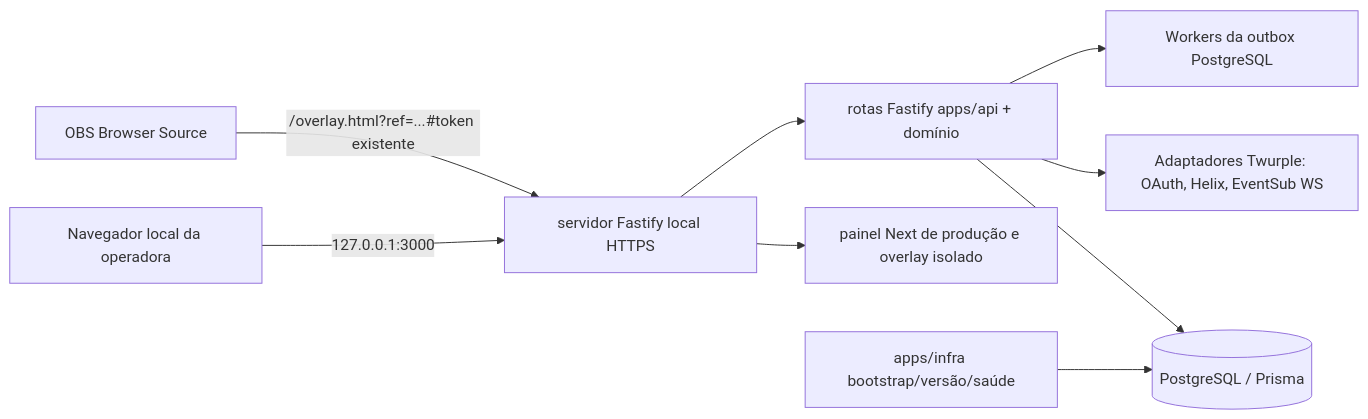
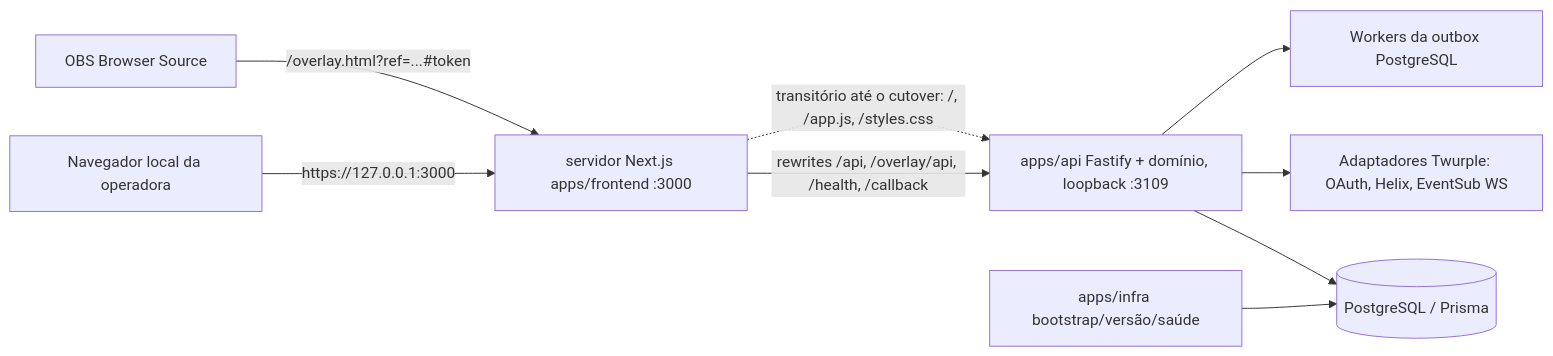
Before and after one commit to gustavo8000br/subarushogun_gi_twich_bot: the diagram in docs/pt-BR/fullstack-architecture/runtime-topology.md, drawn with Mermaid. The commit also changed other lines of this file and 131 other files, not shown here.

First line of the commit message:
feat(ops-15): move shared panel modules to apps/shared and advance Next parity

````diff
--- a/docs/pt-BR/fullstack-architecture/runtime-topology.md
+++ b/docs/pt-BR/fullstack-architecture/runtime-topology.md
@@ -5,11 +5,11 @@
 ```mermaid
 flowchart LR
-  Browser[Navegador local da operadora] -->|127.0.0.1:3000| Fastify[servidor Fastify local HTTPS]
-  OBS[OBS Browser Source] -->|/overlay.html?ref=...#token existente| Fastify
-  Fastify --> Web[painel Next de produção e overlay isolado]
-  Fastify --> API[rotas Fastify apps/api + domínio]
+  Browser[Navegador local da operadora] -->|https://127.0.0.1:3000| Next[servidor Next.js apps/frontend :3000]
+  OBS[OBS Browser Source] -->|/overlay.html?ref=...#token| Next
+  Next -->|rewrites /api, /overlay/api, /health, /callback| API[apps/api Fastify + domínio, loopback :3109]
+  Next -.->|transitório até o cutover: /, /app.js, /styles.css| API
   API --> DB[(PostgreSQL / Prisma)]
   API --> Twitch[Adaptadores Twurple: OAuth, Helix, EventSub WS]
   API --> Outbox[Workers da outbox PostgreSQL]
   Infra[apps/infra bootstrap/versão/saúde] --> DB
 ```
````
